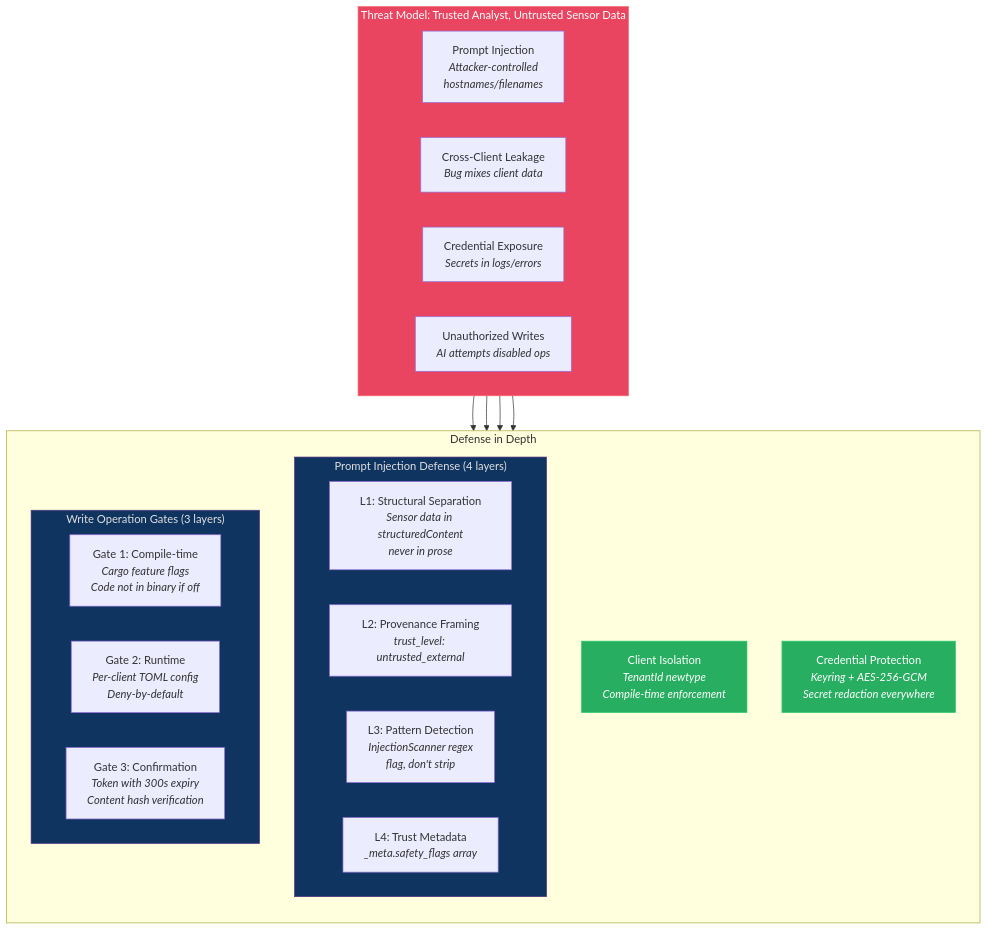
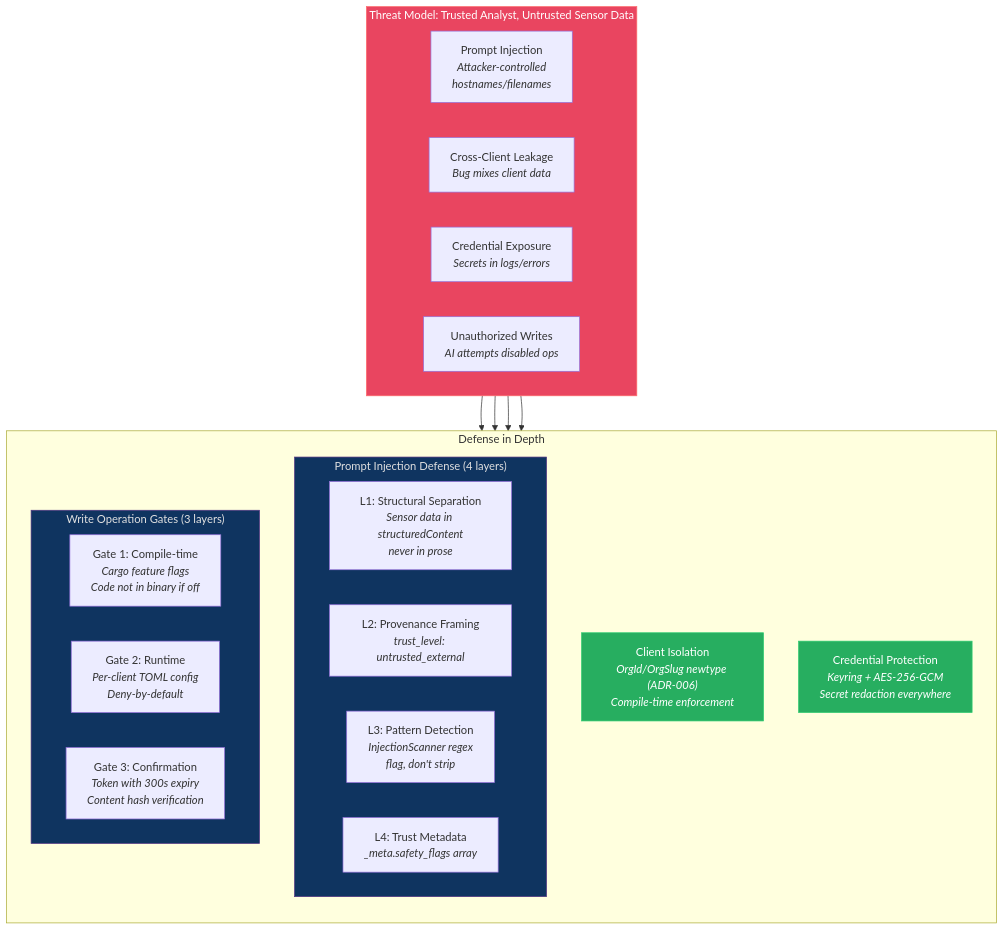
One commit to drbothen/prism changed the first of 5 diagrams in specs/architecture/security-architecture.md. Above: the diagram before and after it, drawn with Mermaid. The commit also changed other lines of this file and 29 other files, not shown here.

````diff
--- a/specs/architecture/security-architecture.md
+++ b/specs/architecture/security-architecture.md
@@ -18,40 +20,40 @@
 ```mermaid
 graph TB
     subgraph THREATS["Threat Model: Trusted Analyst, Untrusted Sensor Data"]
         direction LR
         T1["Prompt Injection<br/><i>Attacker-controlled<br/>hostnames/filenames</i>"]
         T2["Cross-Client Leakage<br/><i>Bug mixes client data</i>"]
         T3["Credential Exposure<br/><i>Secrets in logs/errors</i>"]
         T4["Unauthorized Writes<br/><i>AI attempts disabled ops</i>"]
     end
 
     subgraph DEFENSES["Defense in Depth"]
         direction TB
         subgraph INJECTION["Prompt Injection Defense (4 layers)"]
             L1["L1: Structural Separation<br/><i>Sensor data in structuredContent<br/>never in prose</i>"]
             L2["L2: Provenance Framing<br/><i>trust_level: untrusted_external</i>"]
             L3["L3: Pattern Detection<br/><i>InjectionScanner regex<br/>flag, don't strip</i>"]
             L4["L4: Trust Metadata<br/><i>_meta.safety_flags array</i>"]
         end
 
         subgraph WRITE_GATE["Write Operation Gates (3 layers)"]
             G1["Gate 1: Compile-time<br/><i>Cargo feature flags<br/>Code not in binary if off</i>"]
             G2["Gate 2: Runtime<br/><i>Per-client TOML config<br/>Deny-by-default</i>"]
             G3["Gate 3: Confirmation<br/><i>Token with 300s expiry<br/>Content hash verification</i>"]
         end
 
-        ISO["Client Isolation<br/><i>TenantId newtype<br/>Compile-time enforcement</i>"]
+        ISO["Client Isolation<br/><i>OrgId/OrgSlug newtype (ADR-006)<br/>Compile-time enforcement</i>"]
         CRED["Credential Protection<br/><i>Keyring + AES-256-GCM<br/>Secret redaction everywhere</i>"]
     end
 
     T1 --> INJECTION
     T4 --> WRITE_GATE
     T2 --> ISO
     T3 --> CRED
 
     style THREATS fill:#e94560,stroke:#ff6b6b,color:#fff
     style INJECTION fill:#0f3460,stroke:#533483,color:#e0e0e0
     style WRITE_GATE fill:#0f3460,stroke:#533483,color:#e0e0e0
     style ISO fill:#27ae60,stroke:#2ecc71,color:#fff
     style CRED fill:#27ae60,stroke:#2ecc71,color:#fff
 ```
````
